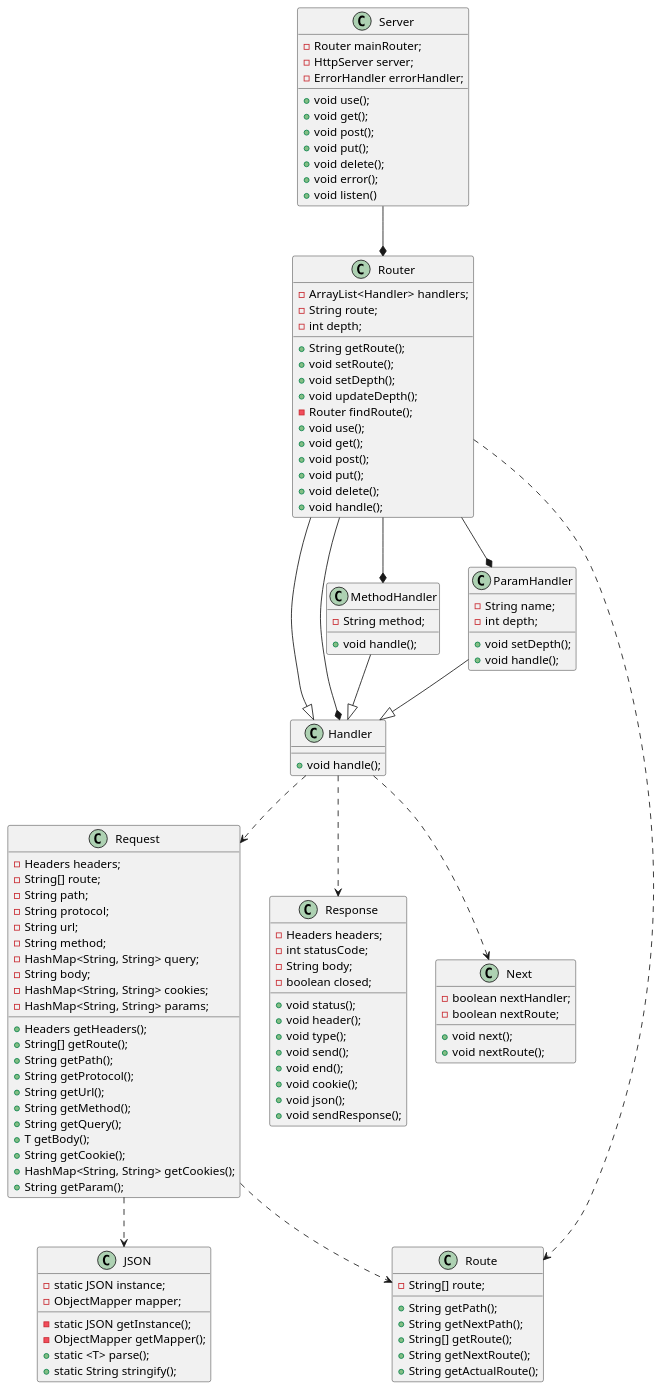
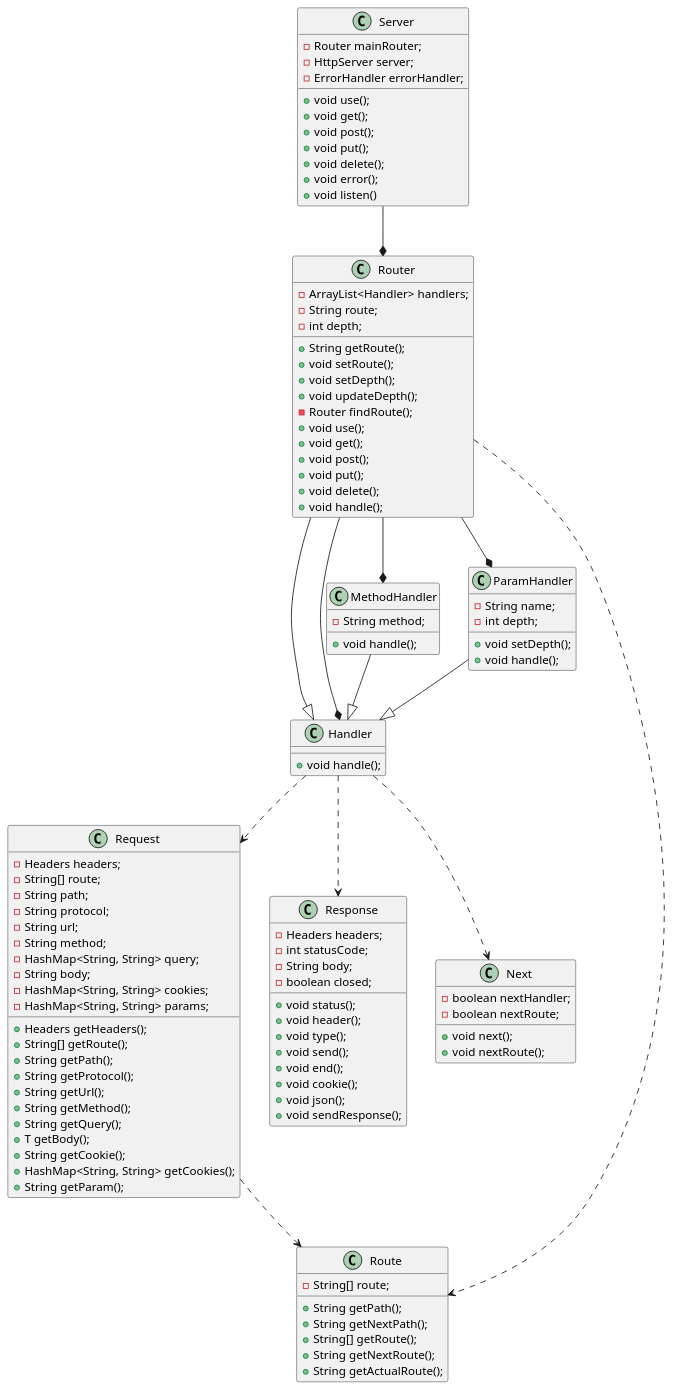
The first of 4 diagrams in docs/jexp.md (Mac14101/po2025), drawn with PlantUML before and after one commit. The commit also changed other lines of this file and 1 other file, not shown here.

Commit message:
docs: Przeniesiono dokumentację obiektu JSON do pliku entities.md

```diff
--- a/docs/jexp.md
+++ b/docs/jexp.md
@@ -134,14 +134,6 @@
     + void error();
     + void listen()
 }
-class JSON{
-    - static JSON instance;
-    - ObjectMapper mapper;
-    - static JSON getInstance();
-    - ObjectMapper getMapper();
-    + static <T> parse();
-    + static String stringify();
-}
 class Route{
     - String[] route;
     + String getPath();
@@ -153,7 +145,6 @@
 Handler..>Request
 Handler..>Response
 Handler..>Next
-Request..>JSON
 Request..>Route
 Router..>Route
 MethodHandler--|>Handler
```
